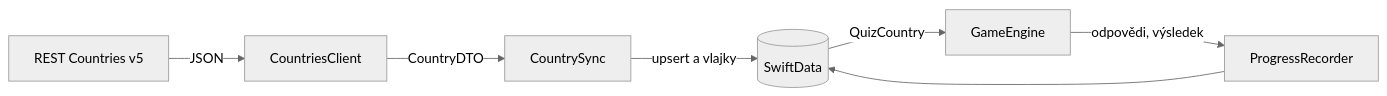
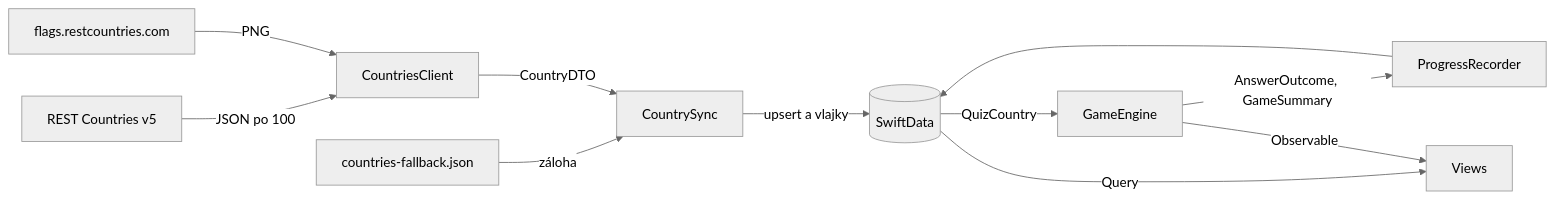
Before and after one commit to KarelKastl/SemestralniProjektAP9PT: the first of 2 diagrams in docs/ARCHITECTURE.md, drawn with Mermaid (neutral theme). The commit also changed other lines of this file and 73 other files, not shown here.

````diff
--- a/docs/ARCHITECTURE.md
+++ b/docs/ARCHITECTURE.md
@@ -6,9 +4,13 @@
 ```mermaid
 flowchart LR
-  API[REST Countries v5] -->|JSON| Client[CountriesClient]
+  API[REST Countries v5] -->|JSON po 100| Client[CountriesClient]
+  CDN[flags.restcountries.com] -->|PNG| Client
+  Backup[countries-fallback.json] -->|záloha| Sync
   Client -->|CountryDTO| Sync[CountrySync]
   Sync -->|upsert a vlajky| DB[(SwiftData)]
   DB -->|QuizCountry| Engine[GameEngine]
-  Engine -->|odpovědi, výsledek| Recorder[ProgressRecorder]
+  Engine -->|AnswerOutcome, GameSummary| Recorder[ProgressRecorder]
   Recorder --> DB
+  DB -->|Query| Views[Views]
+  Engine -->|Observable| Views
 ```
````
